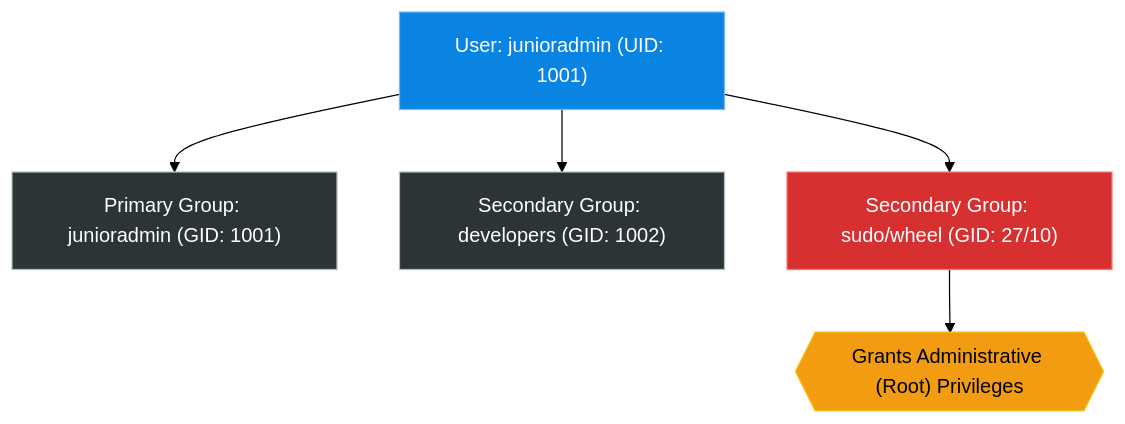
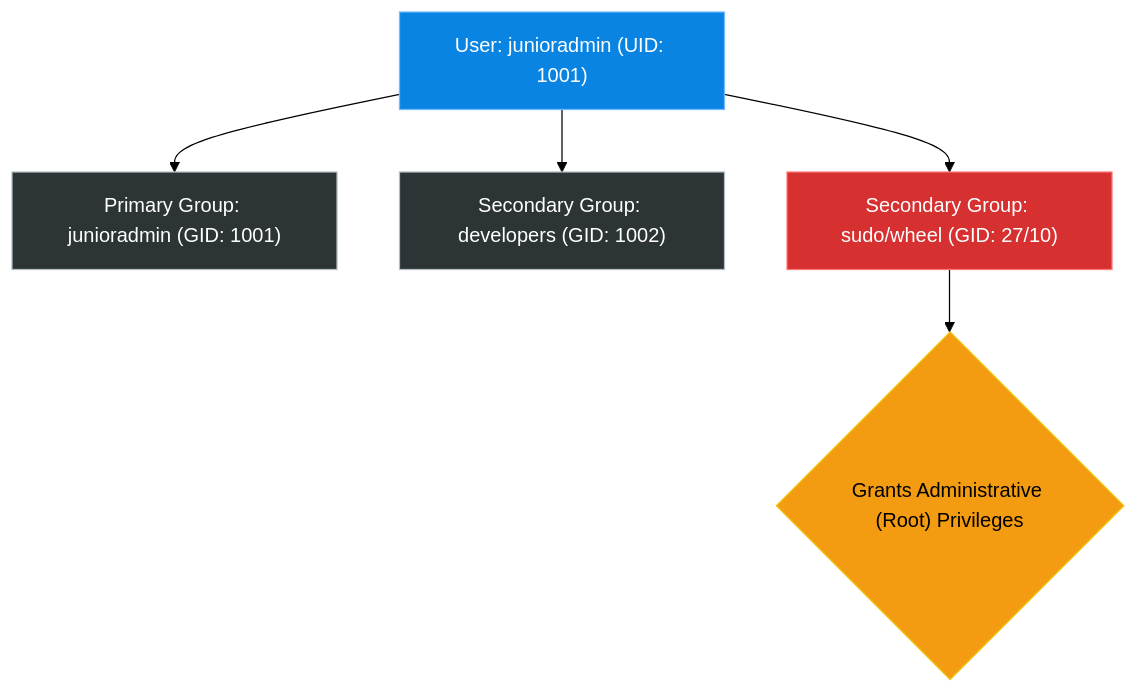
One commit to laxya911/linux-support-engineer-master-handbook changed the diagram in volumes/volume-01-linux-fundamentals/chapters/V1-C08-users-and-groups.md. Above: the diagram before and after it, drawn with Mermaid (forest theme). The commit also changed 101 other files, not shown here.

Commit message:
Fix mermaid syntax across all chapters

````diff
--- a/volumes/volume-01-linux-fundamentals/chapters/V1-C08-users-and-groups.md
+++ b/volumes/volume-01-linux-fundamentals/chapters/V1-C08-users-and-groups.md
@@ -41,14 +41,14 @@
 ```mermaid
 flowchart TD
     A["User: junioradmin (UID: 1001)"] --> B["Primary Group: junioradmin (GID: 1001)"]
     A --> C["Secondary Group: developers (GID: 1002)"]
     A --> D["Secondary Group: sudo/wheel (GID: 27/10)"]
     
-    D --> E{{"Grants Administrative (Root) Privileges"}}
+    D --> E{"Grants Administrative (Root) Privileges"}
     
     style A fill:#0984e3,stroke:#74b9ff,color:#fff
     style B fill:#2d3436,stroke:#b2bec3,color:#fff
     style C fill:#2d3436,stroke:#b2bec3,color:#fff
     style D fill:#d63031,stroke:#ff7675,color:#fff
     style E fill:#f39c12,stroke:#f1c40f,color:#000
 ```
````
